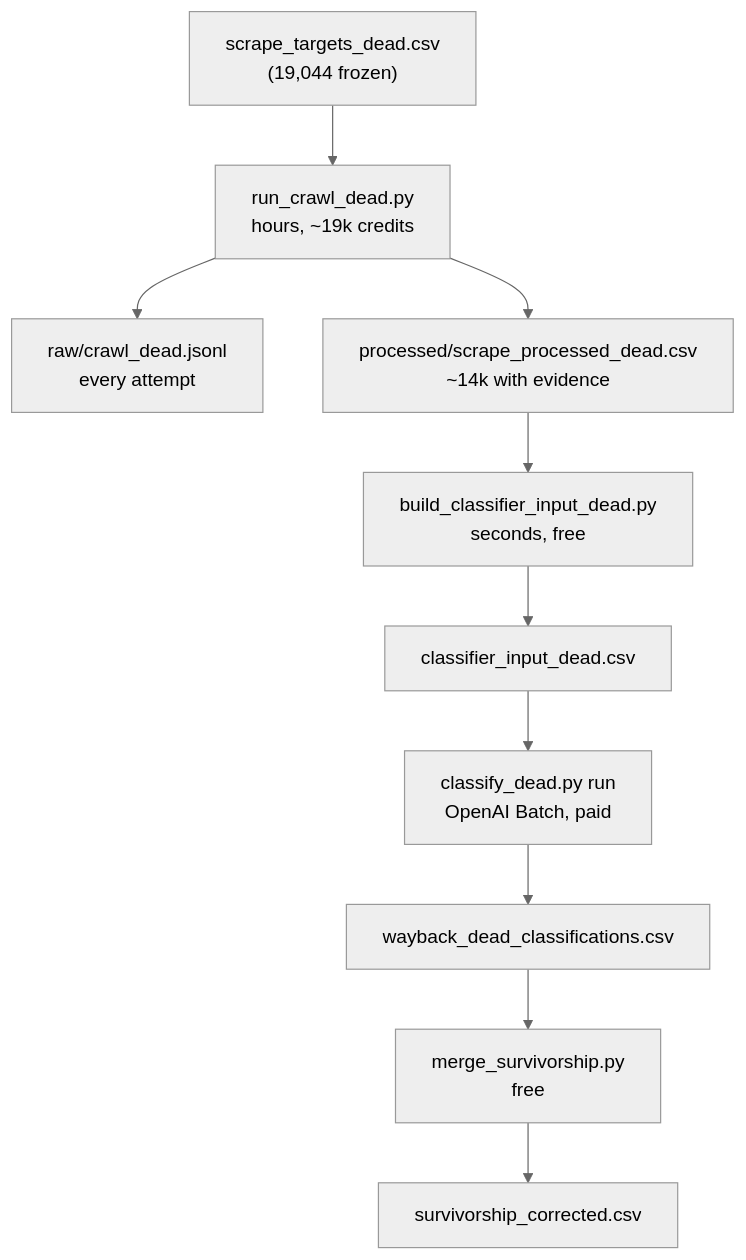
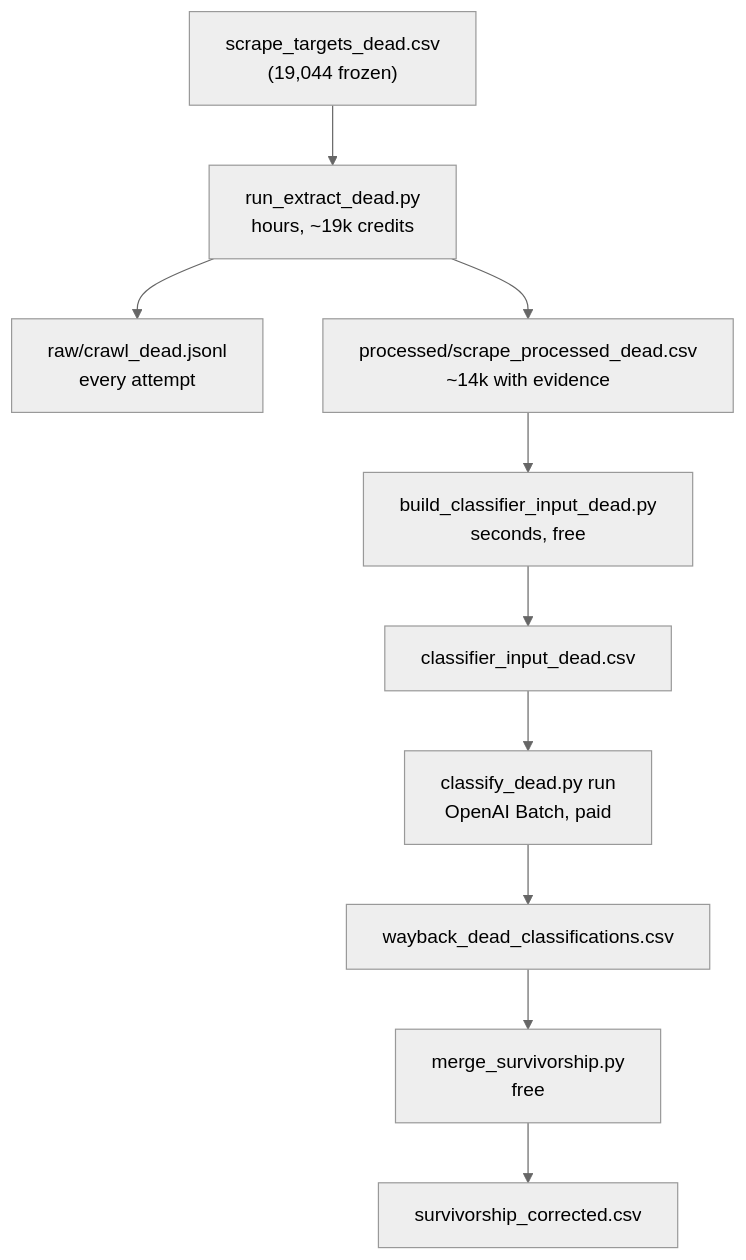
One commit to k-hanafi/ai-startups-taxonomy-research changed the diagram in plans/tavily_runner_workflow.md. Above: the diagram before and after it, drawn with Mermaid (neutral theme). The commit also changed other lines of this file and 9 other files, not shown here.

````diff
--- a/plans/tavily_runner_workflow.md
+++ b/plans/tavily_runner_workflow.md
@@ -219,12 +228,12 @@
 ```mermaid
 flowchart TD
-    A["scrape_targets_dead.csv<br/>(19,044 frozen)"] --> B["run_crawl_dead.py<br/>hours, ~19k credits"]
+    A["scrape_targets_dead.csv<br/>(19,044 frozen)"] --> B["run_extract_dead.py<br/>hours, ~19k credits"]
     B --> C["raw/crawl_dead.jsonl<br/>every attempt"]
     B --> D["processed/scrape_processed_dead.csv<br/>~14k with evidence"]
     D --> E["build_classifier_input_dead.py<br/>seconds, free"]
     E --> F["classifier_input_dead.csv"]
     F --> G["classify_dead.py run<br/>OpenAI Batch, paid"]
     G --> H["wayback_dead_classifications.csv"]
     H --> I["merge_survivorship.py<br/>free"]
     I --> J["survivorship_corrected.csv"]
 ```
````
